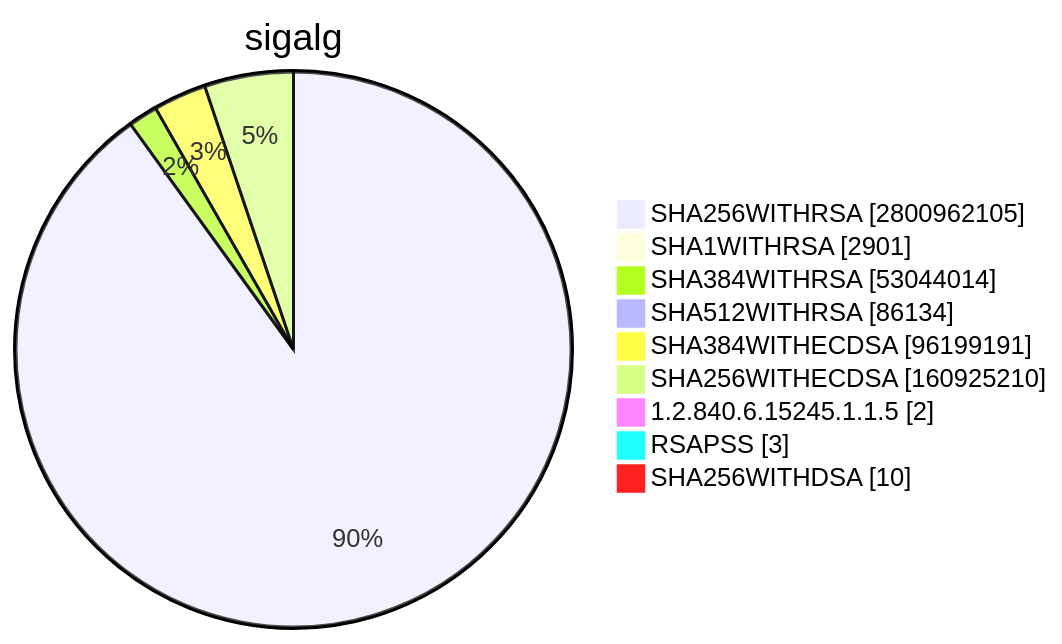
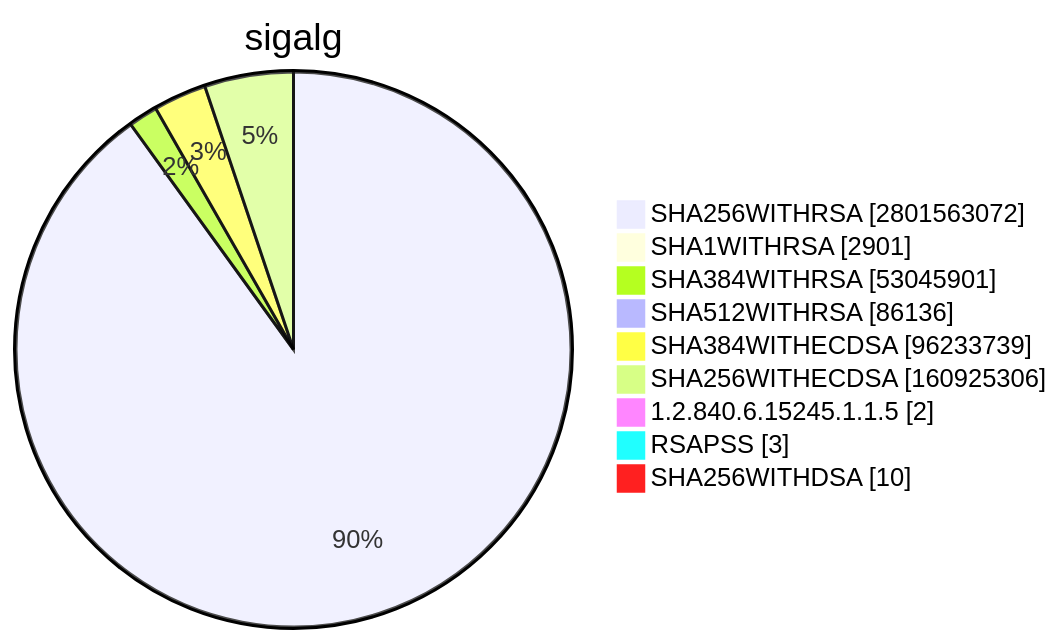
One commit to christiankrug/ctmonitor_visualization changed diagram 15 of 15 in TOTAL/README.md. Above: the diagram before and after it, drawn with Mermaid. The commit also changed other lines of this file, not shown here.

````diff
--- a/TOTAL/README.md
+++ b/TOTAL/README.md
@@ -6207,13 +6207,13 @@
 ```mermaid
 pie showData
 title sigalg
-"SHA256WITHRSA" :2800962105
+"SHA256WITHRSA" :2801563072
 "SHA1WITHRSA" :2901
-"SHA384WITHRSA" :53044014
-"SHA512WITHRSA" :86134
-"SHA384WITHECDSA" :96199191
-"SHA256WITHECDSA" :160925210
+"SHA384WITHRSA" :53045901
+"SHA512WITHRSA" :86136
+"SHA384WITHECDSA" :96233739
+"SHA256WITHECDSA" :160925306
 "1.2.840.6.15245.1.1.5" :2
 "RSAPSS" :3
 "SHA256WITHDSA" :10
 ```
````
